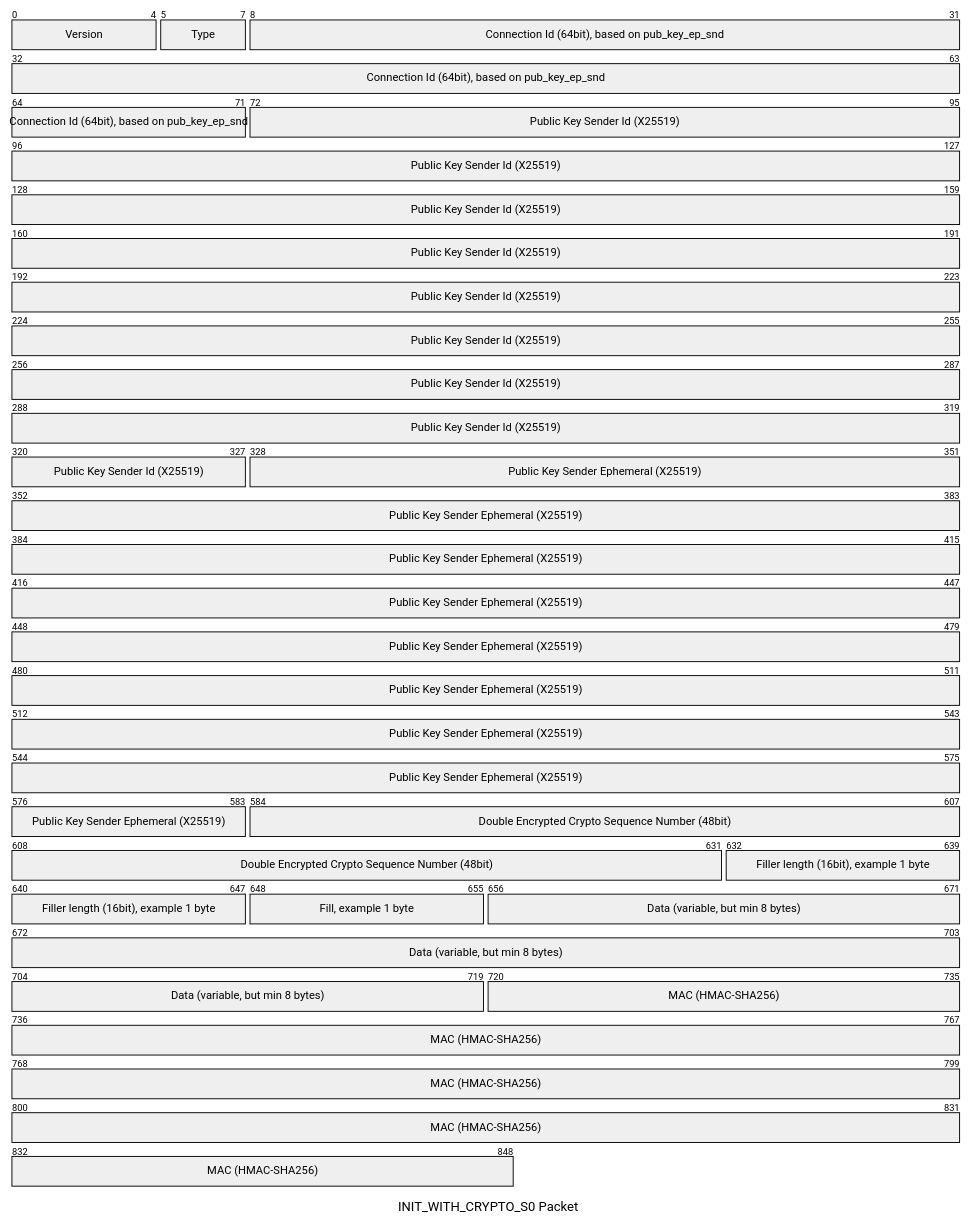
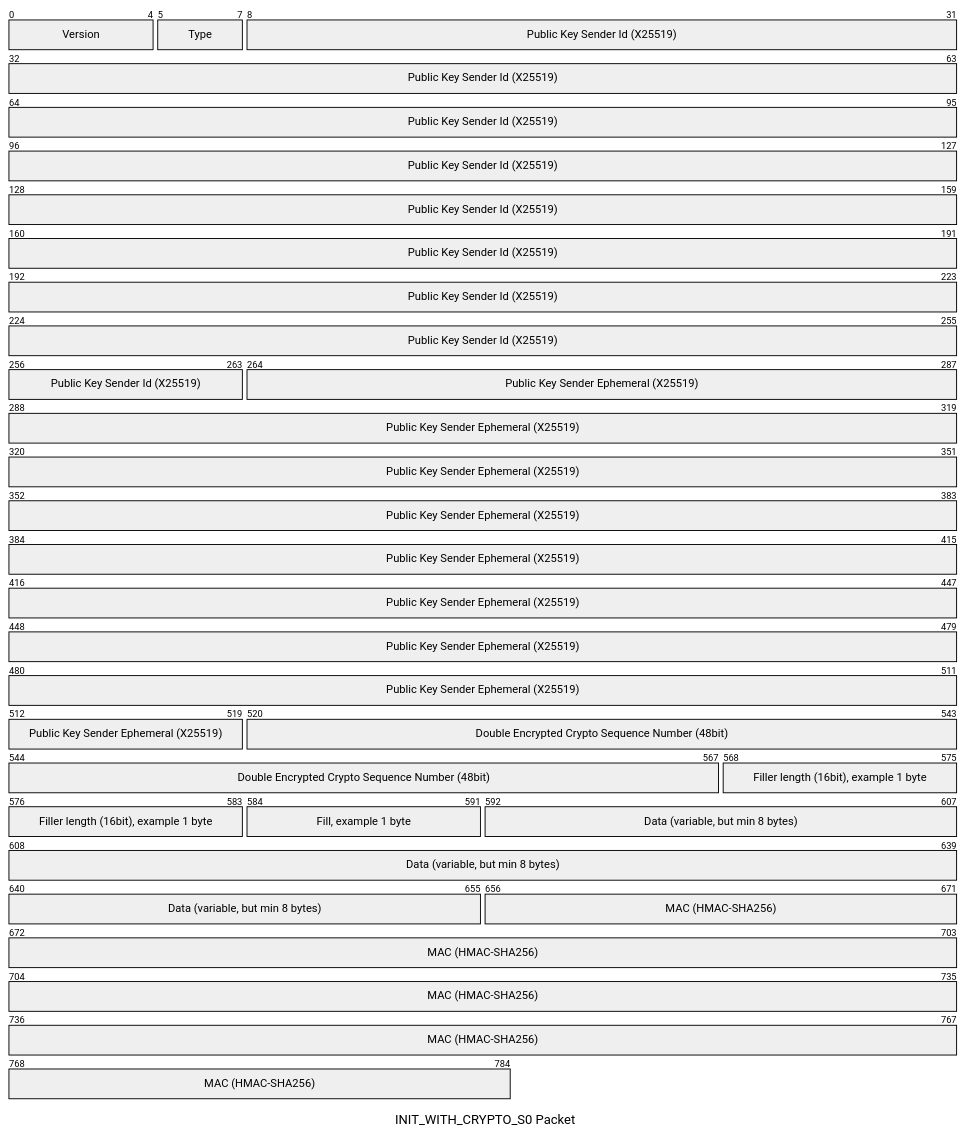
One commit to tbocek/qotp changed the fifth of 13 diagrams in Readme.md. Above: the diagram before and after it, drawn with Mermaid. The commit also changed other lines of this file and 9 other files, not shown here.

````diff
--- a/Readme.md
+++ b/Readme.md
@@ -172,16 +171,16 @@
 ```mermaid
 ---
 title: "INIT_WITH_CRYPTO_S0 Packet"
 ---
+
 packet-beta
   0-4: "Version"
   5-7: "Type"
-  8-71: "Connection Id (64bit), based on pub_key_ep_snd"
-  72-327: "Public Key Sender Id (X25519)"
-  328-583: "Public Key Sender Ephemeral (X25519)"
-  584-631: "Double Encrypted Crypto Sequence Number (48bit)"
-  632-647: "Filler length (16bit), example 1 byte"
-  648-655: "Fill, example 1 byte"
-  656-719: "Data (variable, but min 8 bytes)"
-  720-848: "MAC (HMAC-SHA256)"
+  8-263: "Public Key Sender Id (X25519)"
+  264-519: "Public Key Sender Ephemeral (X25519)"
+  520-567: "Double Encrypted Crypto Sequence Number (48bit)"
+  568-583: "Filler length (16bit), example 1 byte"
+  584-591: "Fill, example 1 byte"
+  592-655: "Data (variable, but min 8 bytes)"
+  656-784: "MAC (HMAC-SHA256)"
 ```
````
